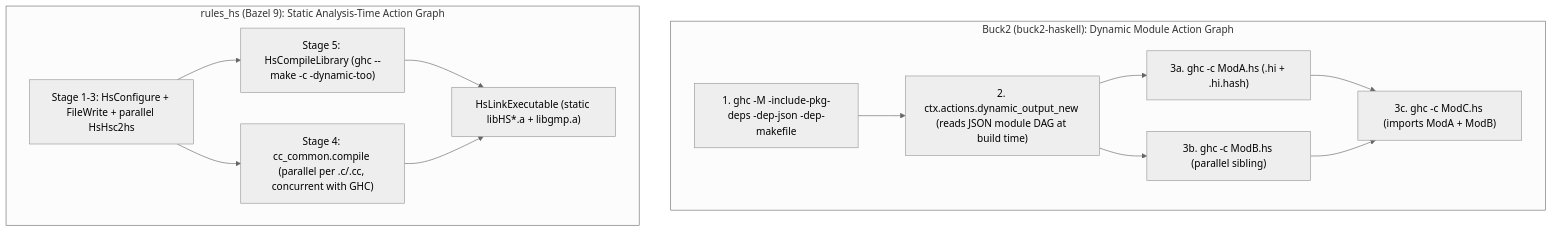
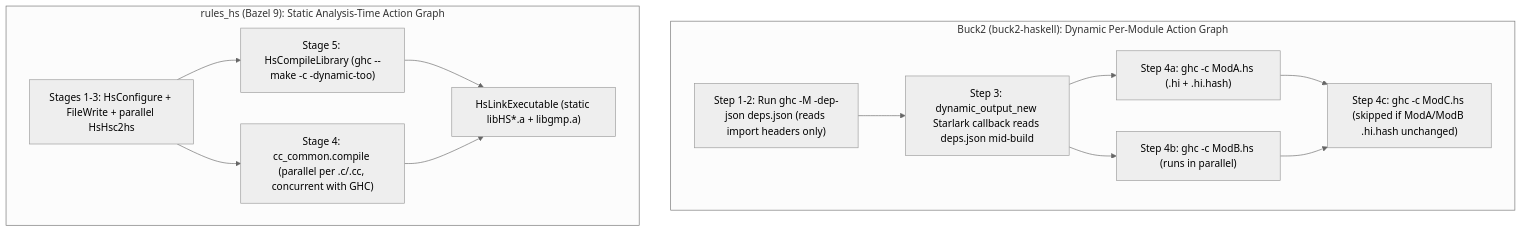
One commit to kaycebasques/hs changed the third of 3 diagrams in docs/content/internals/rulesets-comparison.md. Above: the diagram before and after it, drawn with Mermaid (neutral theme). The commit also changed other lines of this file and 3 other files, not shown here.

````diff
--- a/docs/content/internals/rulesets-comparison.md
+++ b/docs/content/internals/rulesets-comparison.md
@@ -195,17 +205,17 @@
 ```mermaid
 flowchart TD
-    subgraph Buck2Dyn["Buck2 (buck2-haskell): Dynamic Module Action Graph"]
-        B_SCAN["1. ghc -M -include-pkg-deps -dep-json -dep-makefile"] --> B_DYN["2. ctx.actions.dynamic_output_new (reads JSON module DAG at build time)"]
-        B_DYN --> B_M1["3a. ghc -c ModA.hs (.hi + .hi.hash)"]
-        B_DYN --> B_M2["3b. ghc -c ModB.hs (parallel sibling)"]
-        B_M1 --> B_M3["3c. ghc -c ModC.hs (imports ModA + ModB)"]
+    subgraph Buck2Dyn["Buck2 (buck2-haskell): Dynamic Per-Module Action Graph"]
+        B_SCAN["Step 1-2: Run ghc -M -dep-json deps.json (reads import headers only)"] --> B_DYN["Step 3: dynamic_output_new Starlark callback reads deps.json mid-build"]
+        B_DYN --> B_M1["Step 4a: ghc -c ModA.hs (.hi + .hi.hash)"]
+        B_DYN --> B_M2["Step 4b: ghc -c ModB.hs (runs in parallel)"]
+        B_M1 --> B_M3["Step 4c: ghc -c ModC.hs (skipped if ModA/ModB .hi.hash unchanged)"]
         B_M2 --> B_M3
     end
 
     subgraph BazelStatic["rules_hs (Bazel 9): Static Analysis-Time Action Graph"]
-        Z_PRE["Stage 1-3: HsConfigure + FileWrite + parallel HsHsc2hs"] --> Z_GHC["Stage 5: HsCompileLibrary (ghc --make -c -dynamic-too)"]
+        Z_PRE["Stages 1-3: HsConfigure + FileWrite + parallel HsHsc2hs"] --> Z_GHC["Stage 5: HsCompileLibrary (ghc --make -c -dynamic-too)"]
         Z_PRE --> Z_CC["Stage 4: cc_common.compile (parallel per .c/.cc, concurrent with GHC)"]
         Z_GHC --> Z_BIN["HsLinkExecutable (static libHS*.a + libgmp.a)"]
         Z_CC --> Z_BIN
     end
 ```
````
